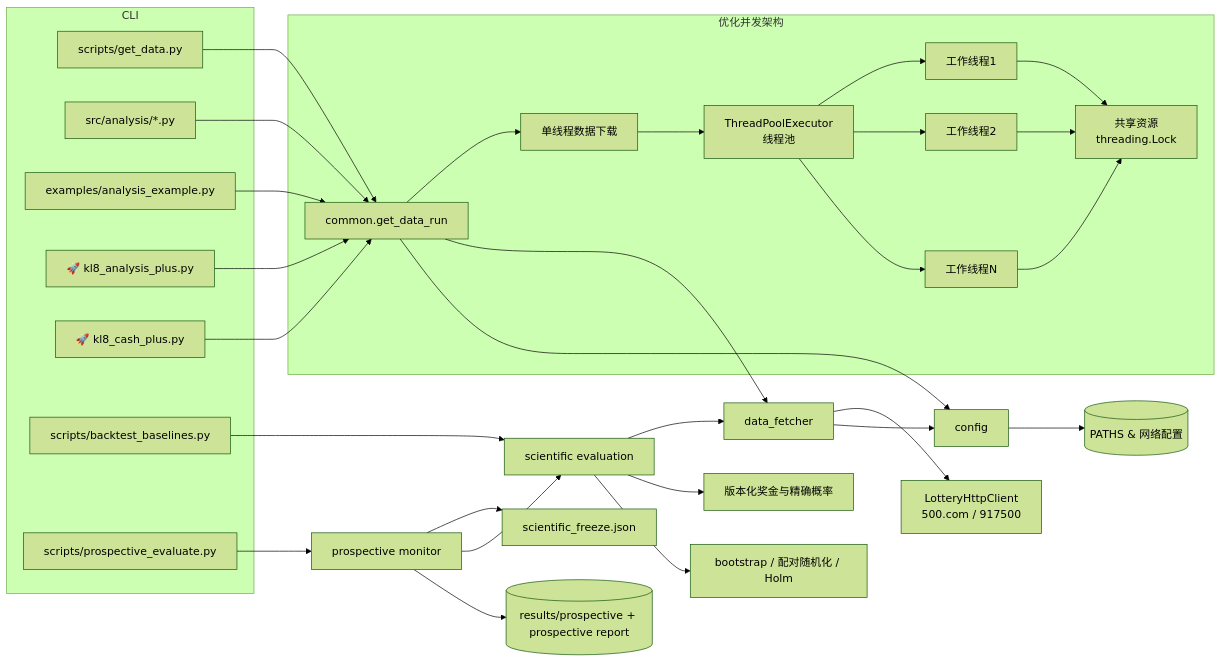
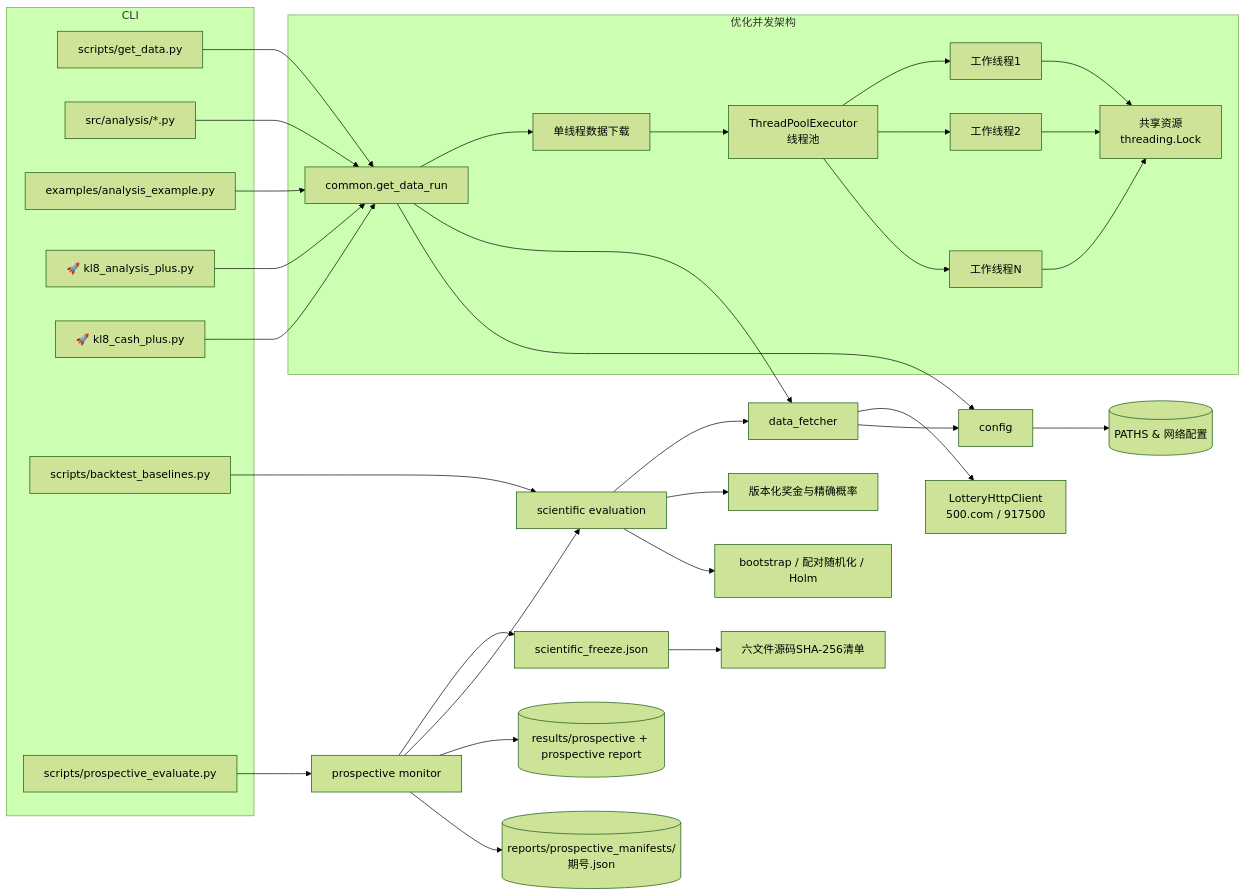
The diagram in docs/architecture.md (xznzz1/kl8-lottery-analyzer), drawn with Mermaid (forest theme) before and after one commit. The commit also changed other lines of this file and 13 other files, not shown here.

````diff
--- a/docs/architecture.md
+++ b/docs/architecture.md
@@ -3,45 +3,47 @@
 ```mermaid
 flowchart LR
     subgraph CLI
         A[scripts/get_data.py]
         B[src/analysis/*.py]
         C[examples/analysis_example.py]
         D[🚀 kl8_analysis_plus.py]
         E[🚀 kl8_cash_plus.py]
         F[scripts/backtest_baselines.py]
         G[scripts/prospective_evaluate.py]
     end
 
     A --> COM[common.get_data_run]
     B --> COM
     C --> COM
     D --> COM
     E --> COM
     F --> SCI[scientific evaluation]
     G --> PRO[prospective monitor]
 
     subgraph "优化并发架构"
         COM --> DOWNLOAD[单线程数据下载]
         DOWNLOAD --> THREAD_POOL[ThreadPoolExecutor<br/>线程池]
         THREAD_POOL --> WORKER1[工作线程1]
         THREAD_POOL --> WORKER2[工作线程2]
         THREAD_POOL --> WORKERN[工作线程N]
         
         WORKER1 --> SHARED[共享资源<br/>threading.Lock]
         WORKER2 --> SHARED
         WORKERN --> SHARED
     end
 
     COM --> DF[data_fetcher]
     DF --> HTTP[LotteryHttpClient<br/>500.com / 917500]
     COM --> CFG[config]
     DF --> CFG
     SCI --> DF
     SCI --> PRIZE[版本化奖金与精确概率]
     SCI --> STATS[bootstrap / 配对随机化 / Holm]
     PRO --> FREEZE[scientific_freeze.json]
+    FREEZE --> SOURCE[六文件源码SHA-256清单]
     PRO --> SCI
     PRO --> PROOUT[(results/prospective + prospective report)]
+    PRO --> SEAL[(reports/prospective_manifests/期号.json)]
 
     CFG --> PATHS[(PATHS & 网络配置)]
 ```
````
